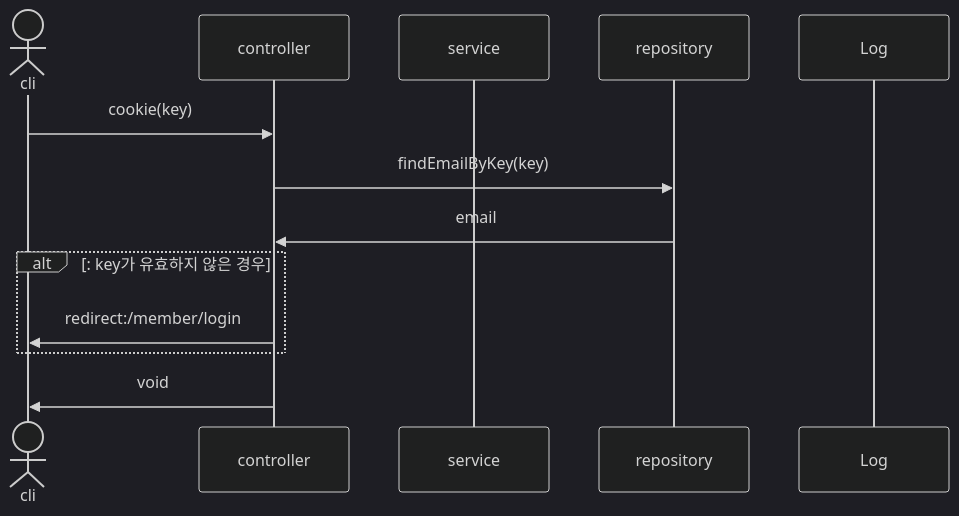
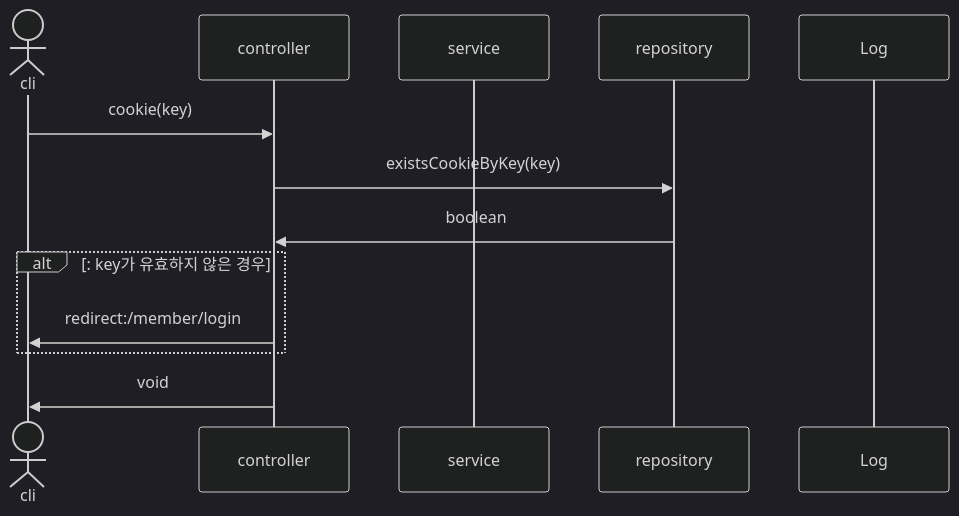
One commit to mtak0235/snsX changed the fifth of 32 diagrams in sequence.md. Above: the diagram before and after it, drawn with Mermaid (dark theme). The commit also changed other lines of this file, not shown here.

````diff
--- a/sequence.md
+++ b/sequence.md
@@ -97,16 +97,16 @@
 ```mermaid
 sequenceDiagram
 actor cli
 participant c as controller
 participant s as service
 participant r as repository
 participant l as Log
 
 cli->>c: cookie(key)
-c->>r: findEmailByKey(key)
-r->>c: email
+c->>r: existsCookieByKey(key)
+r->>c: boolean
 alt: key가 유효하지 않은 경우
 c->>cli: redirect:/member/login
 end
 c->>cli: void
 ```
````
